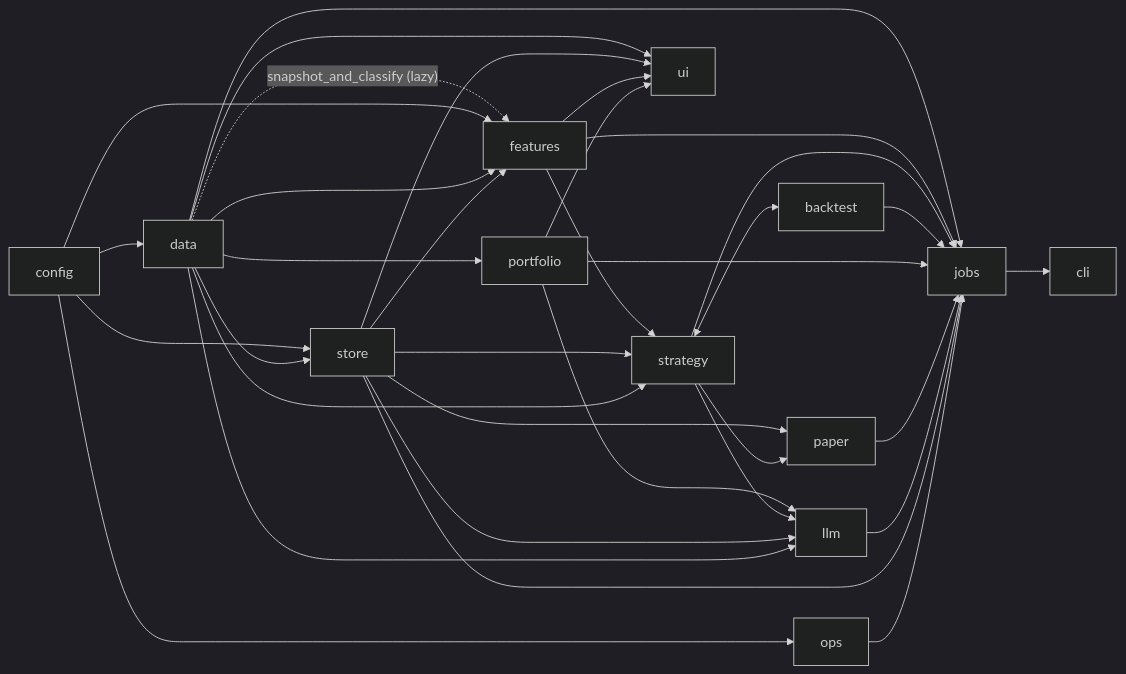
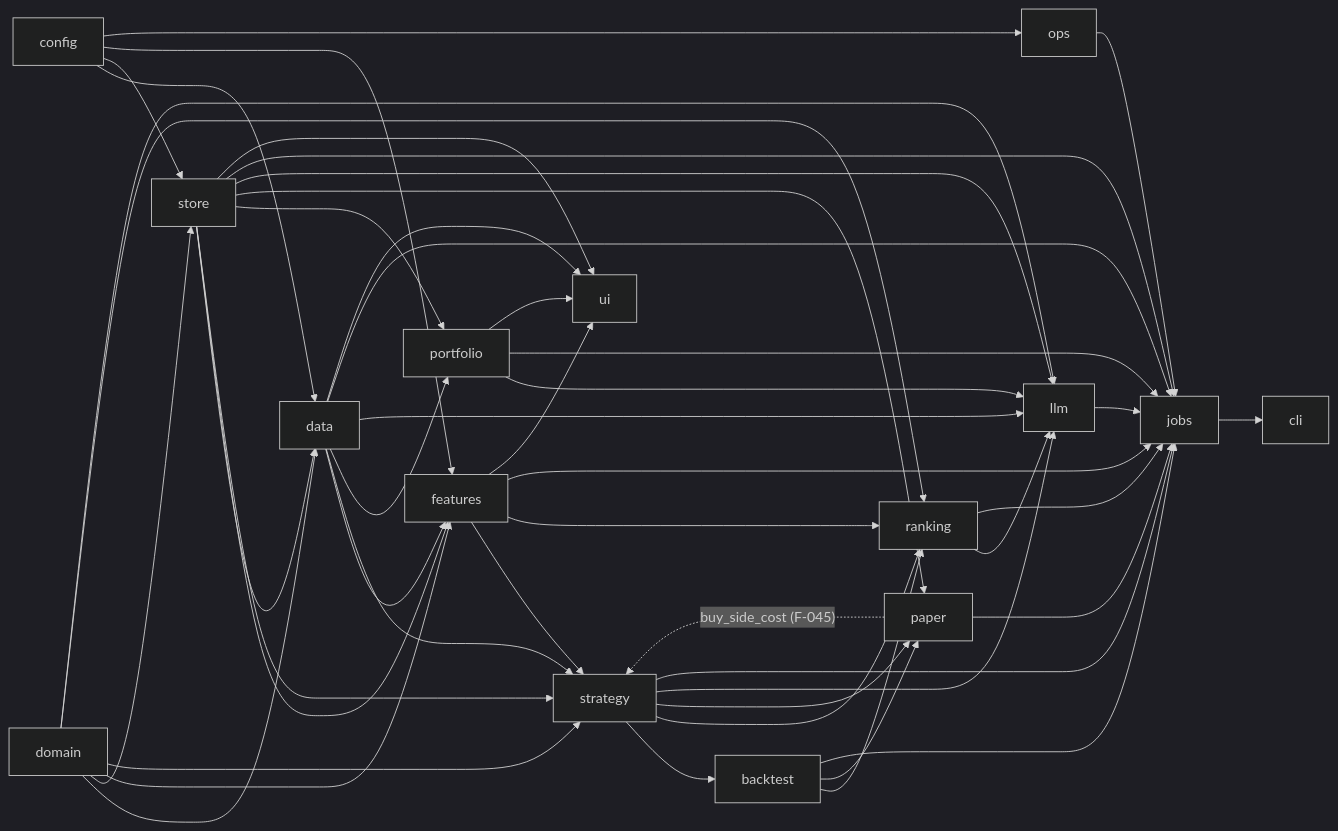
The second of 2 diagrams in docs/architecture/01-architecture.md (alladdinkumar/Trading), drawn with Mermaid (dark theme) before and after one commit. The commit also changed other lines of this file and 45 other files, not shown here.

````diff
--- a/docs/architecture/01-architecture.md
+++ b/docs/architecture/01-architecture.md
@@ -79,40 +82,53 @@
 ```mermaid
 flowchart LR
     config
 
     config --> data
     config --> store
-    data --> store
-    data -. "snapshot_and_classify (lazy)" .-> features
     config --> features
+    config --> ops
+    domain --> data
+    domain --> store
+    domain --> features
+    domain --> strategy
+    domain --> ranking
+    domain --> llm
+    store --> data
+    store --> features
+    store --> strategy
+    store --> portfolio
+    store --> paper
+    store --> llm
     data --> features
-    store --> features
+    data --> strategy
+    data --> portfolio
+    data --> llm
     features --> strategy
-    store --> strategy
-    data --> strategy
-    strategy <--> backtest
-    data --> portfolio
-    store --> paper
+    strategy --> backtest
+    strategy --> ranking
     strategy --> paper
+    strategy --> llm
+    backtest --> ranking
+    backtest --> paper
+    features --> ranking
     portfolio --> llm
-    strategy --> llm
-    store --> llm
-    data --> llm
-    config --> ops
+    ranking --> llm
+    paper -. "buy_side_cost (F-045)" .-> strategy
 
     data --> jobs
     features --> jobs
     strategy --> jobs
     backtest --> jobs
+    ranking --> jobs
     portfolio --> jobs
     paper --> jobs
     llm --> jobs
     store --> jobs
     ops --> jobs
 
     jobs --> cli
     data --> ui
     store --> ui
     features --> ui
     portfolio --> ui
 ```
````
